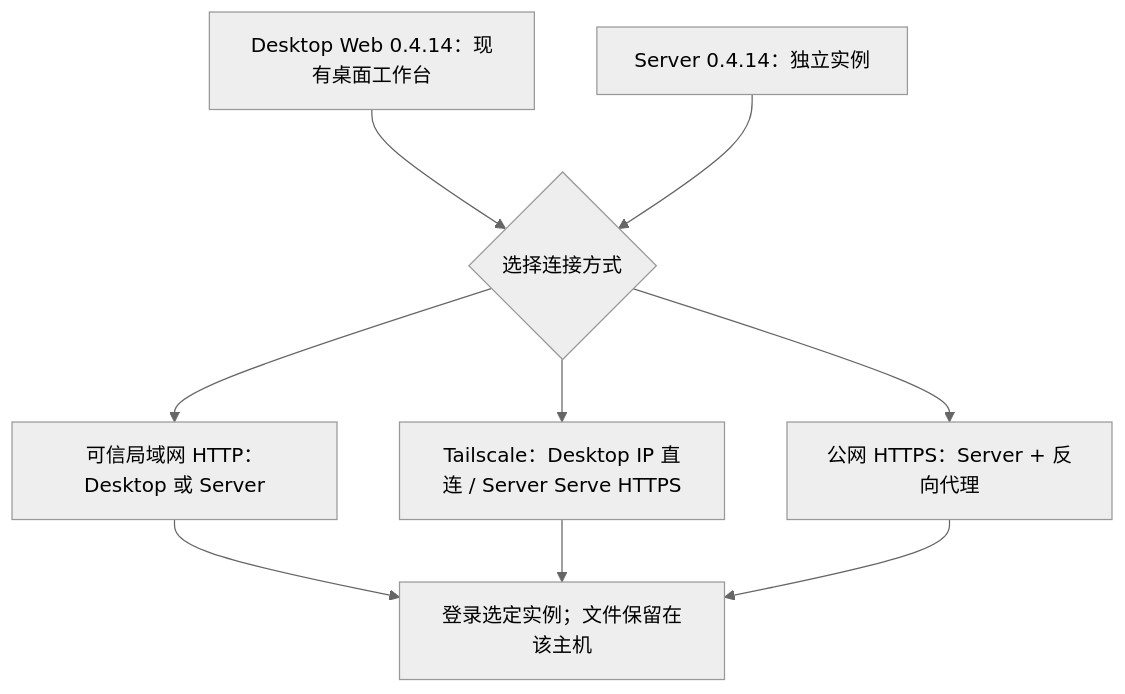
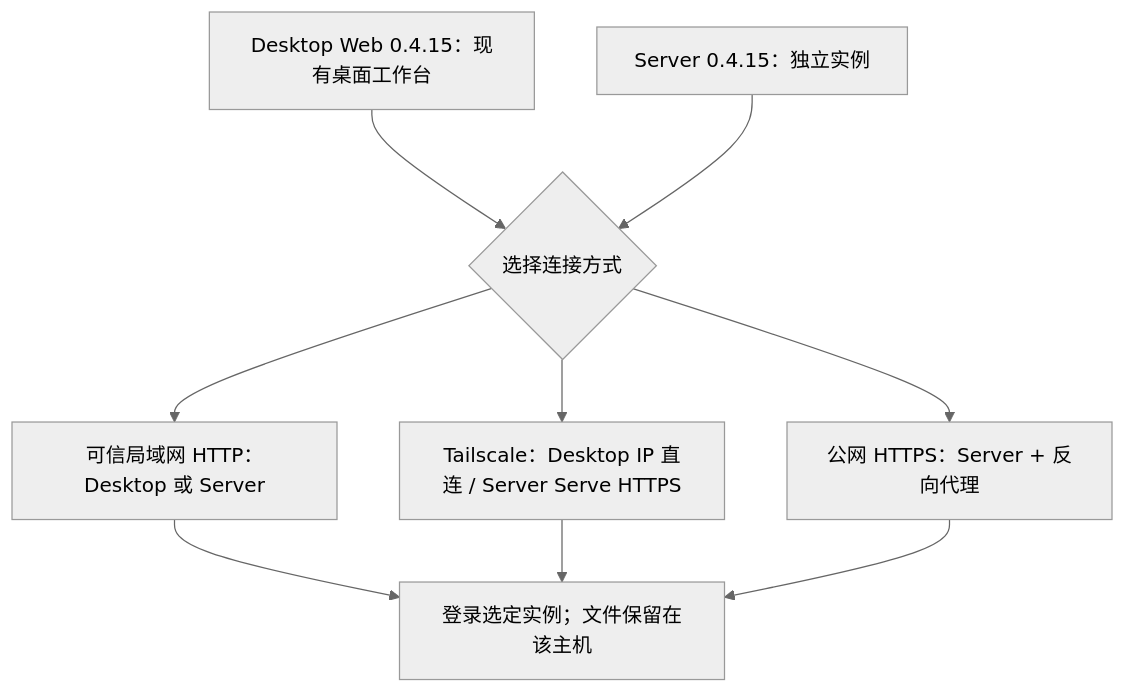
The diagram in website/site/public/assets/diagrams/deployment-choice-zh.mmd (123eyu/rovai-ai), drawn with Mermaid (neutral theme) before and after one commit. The commit also changed 11 other files, not shown here.

```diff
--- a/website/site/public/assets/diagrams/deployment-choice-zh.mmd
+++ b/website/site/public/assets/diagrams/deployment-choice-zh.mmd
@@ -1,12 +1,12 @@
 flowchart TB
-  desktop["Desktop Web 0.4.14：现有桌面工作台"]
-  server["Server 0.4.14：独立实例"]
+  desktop["Desktop Web 0.4.15：现有桌面工作台"]
+  server["Server 0.4.15：独立实例"]
   choice{"选择连接方式"}
   desktop --> choice
   server --> choice
   choice --> lan["可信局域网 HTTP：Desktop 或 Server"]
   choice --> ts["Tailscale：Desktop IP 直连 / Server Serve HTTPS"]
   choice --> public["公网 HTTPS：Server + 反向代理"]
   lan --> login["登录选定实例；文件保留在该主机"]
   ts --> login
   public --> login
```
